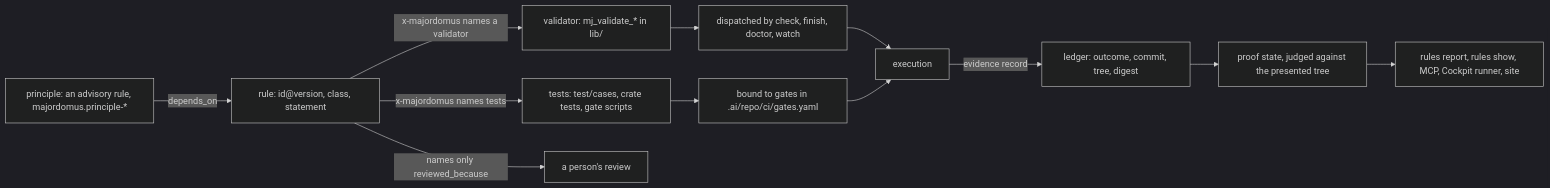
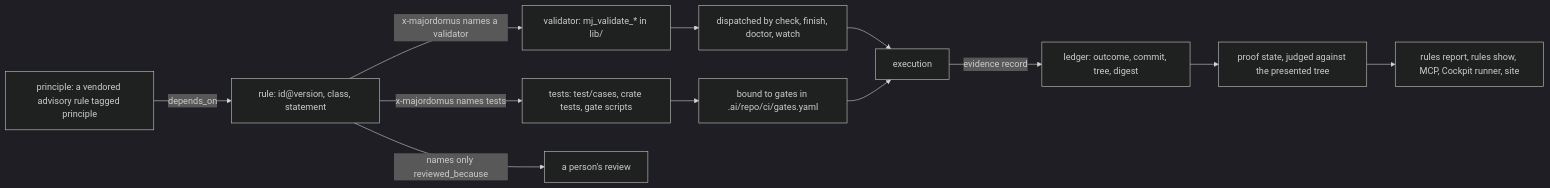
Before and after one commit to korczis/prismatic-majordomus: the sixth of 12 diagrams in docs/HOW_IT_WORKS.md, drawn with Mermaid (dark theme). The commit also changed other lines of this file and 9 other files, not shown here.

````diff
--- a/docs/HOW_IT_WORKS.md
+++ b/docs/HOW_IT_WORKS.md
@@ -689,14 +729,14 @@
 ```mermaid
 flowchart LR
-  g_P["principle: an advisory rule, majordomus.principle-*"] -->|depends_on| g_R["rule: id@version, class, statement"]
+  g_P["principle: a vendored advisory rule tagged principle"] -->|depends_on| g_R["rule: id@version, class, statement"]
   g_R -->|x-majordomus names a validator| g_V["validator: mj_validate_* in lib/"]
   g_R -->|x-majordomus names tests| g_T["tests: test/cases, crate tests, gate scripts"]
   g_R -->|names only reviewed_because| g_H["a person's review"]
   g_V --> g_D["dispatched by check, finish, doctor, watch"]
   g_T --> g_G["bound to gates in .ai/repo/ci/gates.yaml"]
   g_D --> g_X["execution"]
   g_G --> g_X
   g_X -->|evidence record| g_L["ledger: outcome, commit, tree, digest"]
   g_L --> g_S["proof state, judged against the presented tree"]
   g_S --> g_U["rules report, rules show, MCP, Cockpit runner, site"]
 ```
````
